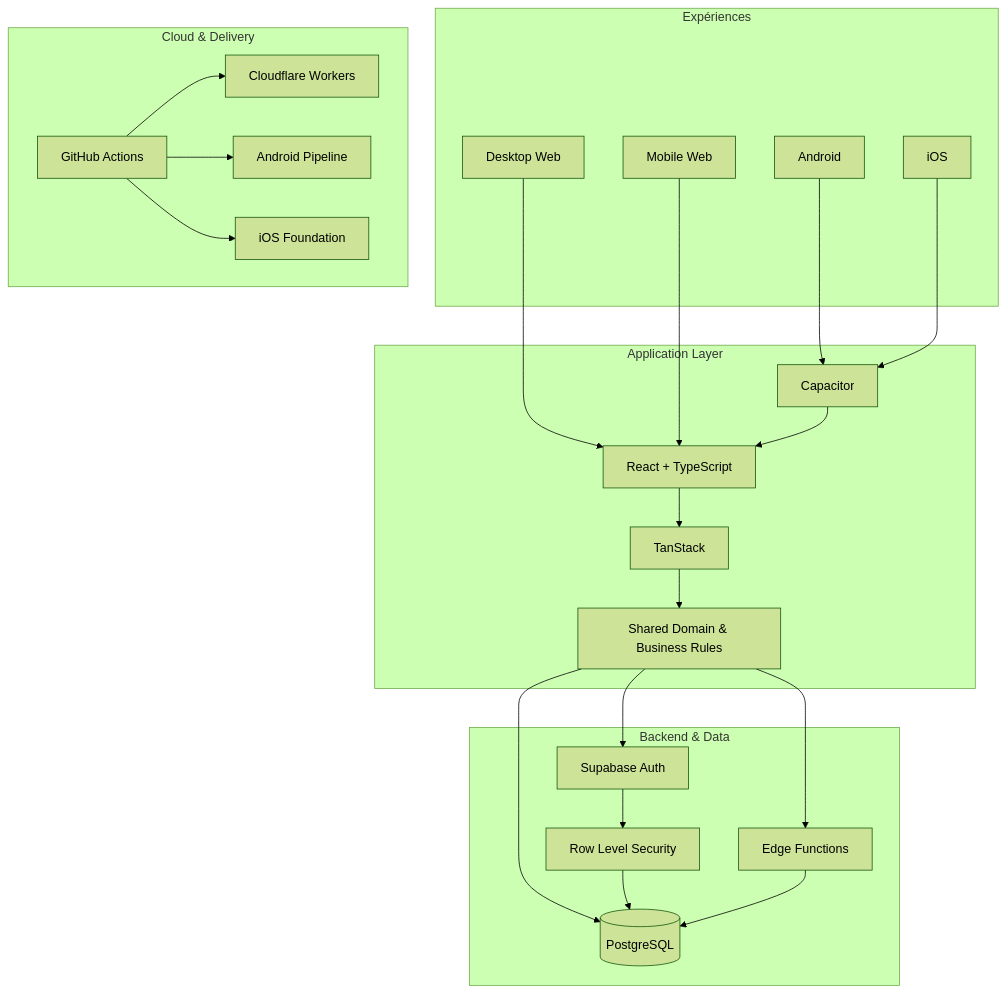
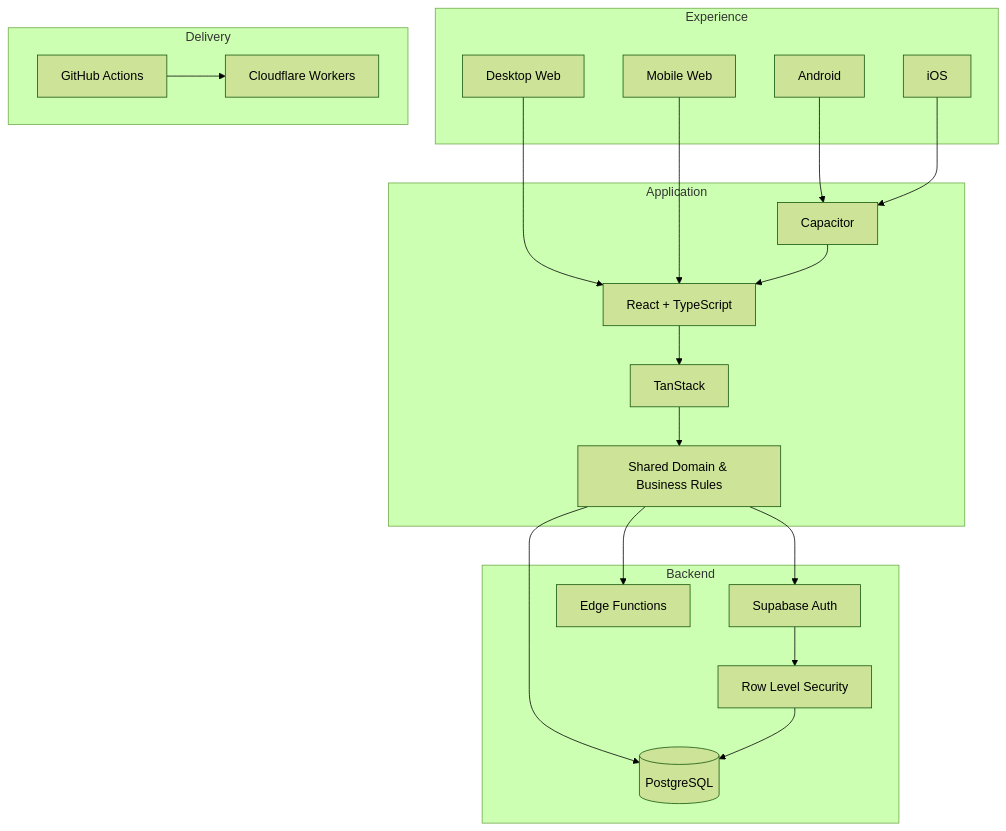
One commit to Inosuke-Company/Inosuke-Company changed the diagram in README.fr.md. Above: the diagram before and after it, drawn with Mermaid (forest theme). The commit also changed other lines of this file, not shown here.

````diff
--- a/README.fr.md
+++ b/README.fr.md
@@ -55,43 +71,36 @@
 ```mermaid
 flowchart TB
-    subgraph Experience[Expériences]
+    subgraph Experience
         WEB[Desktop Web]
         MOBILE[Mobile Web]
         ANDROID[Android]
         IOS[iOS]
     end
-    subgraph Application[Application Layer]
+    subgraph Application
         REACT[React + TypeScript]
-        ROUTER[TanStack]
+        TANSTACK[TanStack]
         DOMAIN[Shared Domain & Business Rules]
         CAP[Capacitor]
     end
-    subgraph Data[Backend & Data]
+    subgraph Backend
         AUTH[Supabase Auth]
         EDGE[Edge Functions]
         RLS[Row Level Security]
         DB[(PostgreSQL)]
     end
-    subgraph Delivery[Cloud & Delivery]
+    subgraph Delivery
         CF[Cloudflare Workers]
         GH[GitHub Actions]
-        APK[Android Pipeline]
-        IOSPIPE[iOS Foundation]
     end
     WEB --> REACT
     MOBILE --> REACT
     ANDROID --> CAP
     IOS --> CAP
     CAP --> REACT
-    REACT --> ROUTER
-    ROUTER --> DOMAIN
+    REACT --> TANSTACK --> DOMAIN
     DOMAIN --> AUTH
     DOMAIN --> EDGE
     DOMAIN --> DB
-    AUTH --> RLS
-    RLS --> DB
-    EDGE --> DB
+    AUTH --> RLS --> DB
     GH --> CF
-    GH --> APK
-    GH --> IOSPIPE
 ```
````
